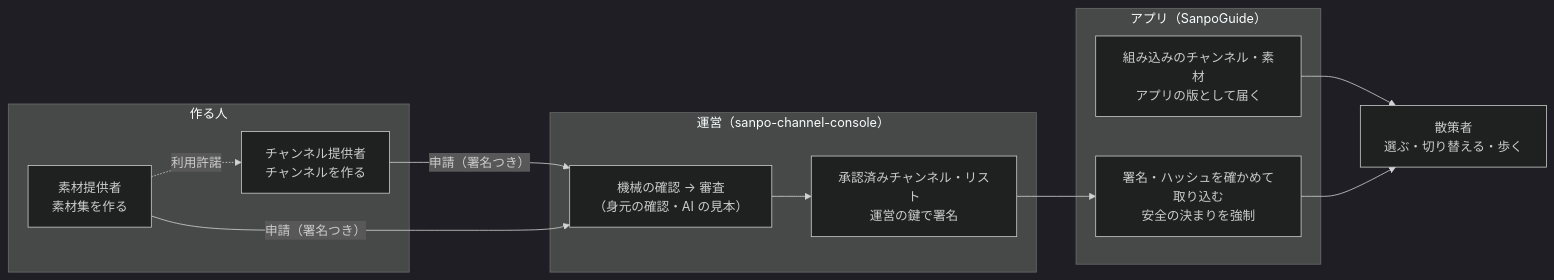
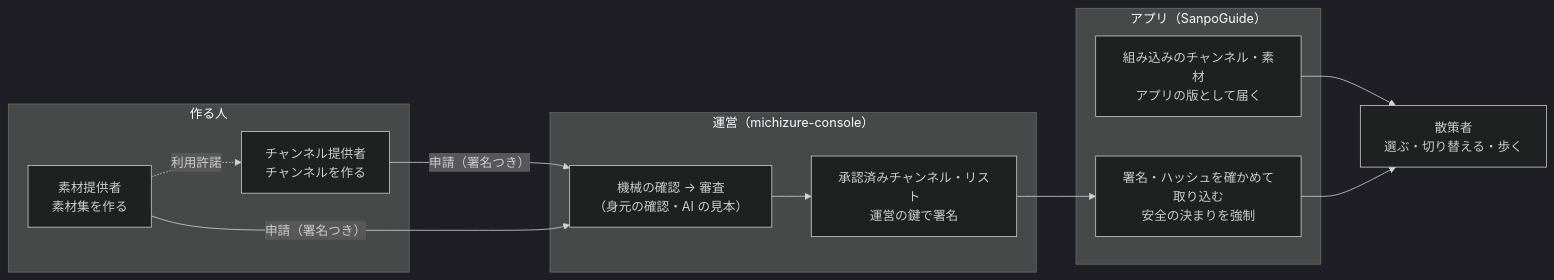
The diagram in docs/stakeholders.md (duwenji/yorisoi-sanpoguide), drawn with Mermaid (dark theme) before and after one commit. The commit also changed other lines of this file and 11 other files, not shown here.

Commit message:
docs: 管理システムの名前を michizure-console に改め、T-7 の進み具合を TODO に反映する

````diff
--- a/docs/stakeholders.md
+++ b/docs/stakeholders.md
@@ -45,22 +45,22 @@
 ```mermaid
 flowchart LR
   subgraph PROVIDERS["作る人"]
     CP["チャンネル提供者<br/>チャンネルを作る"]
     MP["素材提供者<br/>素材集を作る"]
   end
-  subgraph OPS["運営（sanpo-channel-console）"]
+  subgraph OPS["運営（michizure-console）"]
     Review["機械の確認 → 審査<br/>（身元の確認・AI の見本）"]
     List["承認済みチャンネル・リスト<br/>運営の鍵で署名"]
   end
   subgraph APP["アプリ（SanpoGuide）"]
     BuiltIn["組み込みのチャンネル・素材<br/>アプリの版として届く"]
     Check["署名・ハッシュを確かめて取り込む<br/>安全の決まりを強制"]
   end
   Walker["散策者<br/>選ぶ・切り替える・歩く"]
   CP -- "申請（署名つき）" --> Review
   MP -- "申請（署名つき）" --> Review
   MP -. "利用許諾" .-> CP
   Review --> List --> Check
   BuiltIn --> Walker
   Check --> Walker
 ```
````
